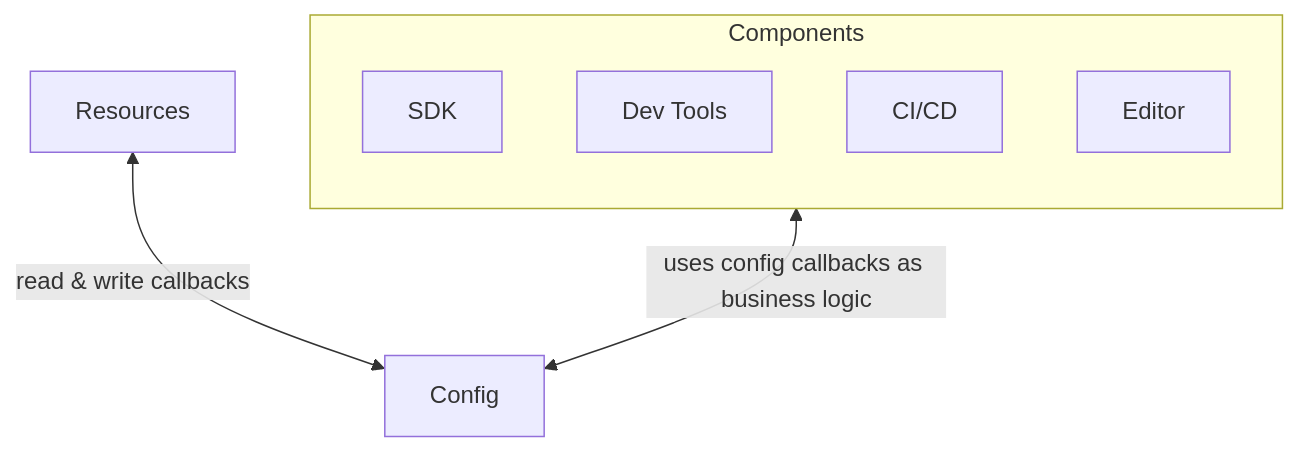
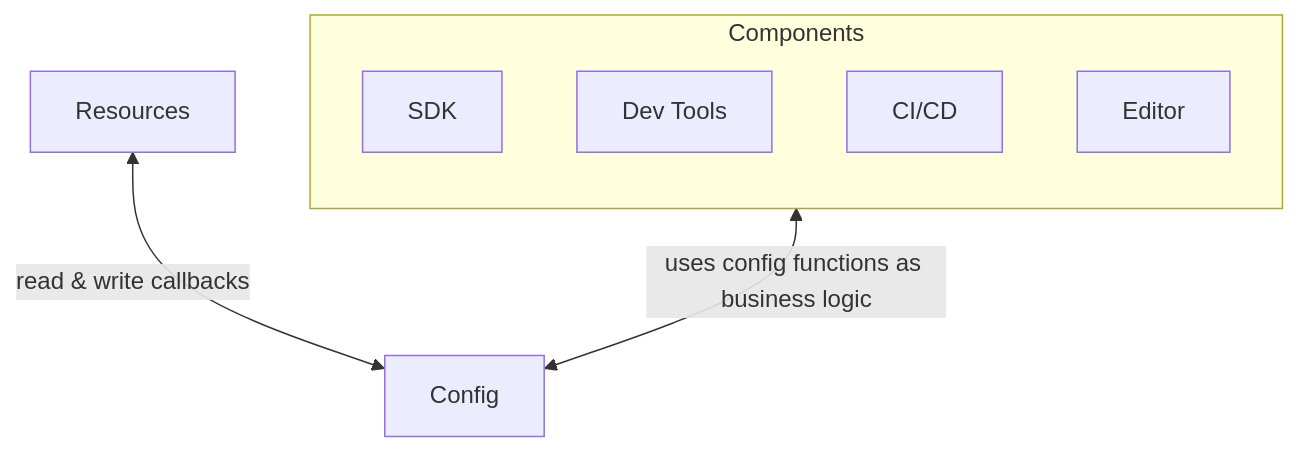
Before and after one commit to opral/monorepo: the third of 3 diagrams in rfcs/001-foundational-architecture.md, drawn with Mermaid. The commit also changed other lines of this file, not shown here.

Commit message:
draft config sandboxing

````diff
--- a/rfcs/001-foundational-architecture.md
+++ b/rfcs/001-foundational-architecture.md
@@ -388,13 +388,13 @@
 ```mermaid
 flowchart BT
 
     subgraph Components
       SDK
       DT[Dev Tools]
       CICD[CI/CD]
       Editor
     end
 
     Config <--> |read & write callbacks| Resources
-    Config <--> |uses config callbacks as business logic| Components
+    Config <--> |uses config functions as business logic| Components
 ```
````
